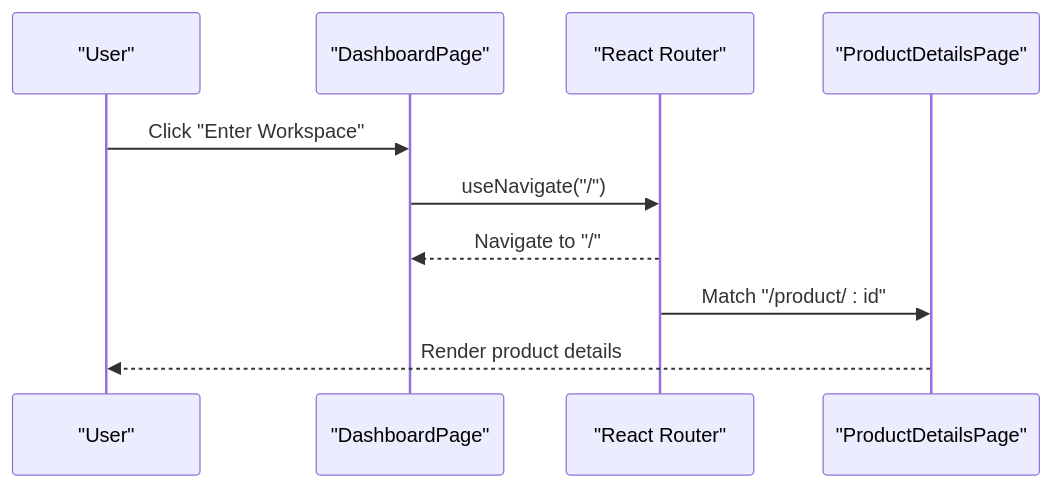
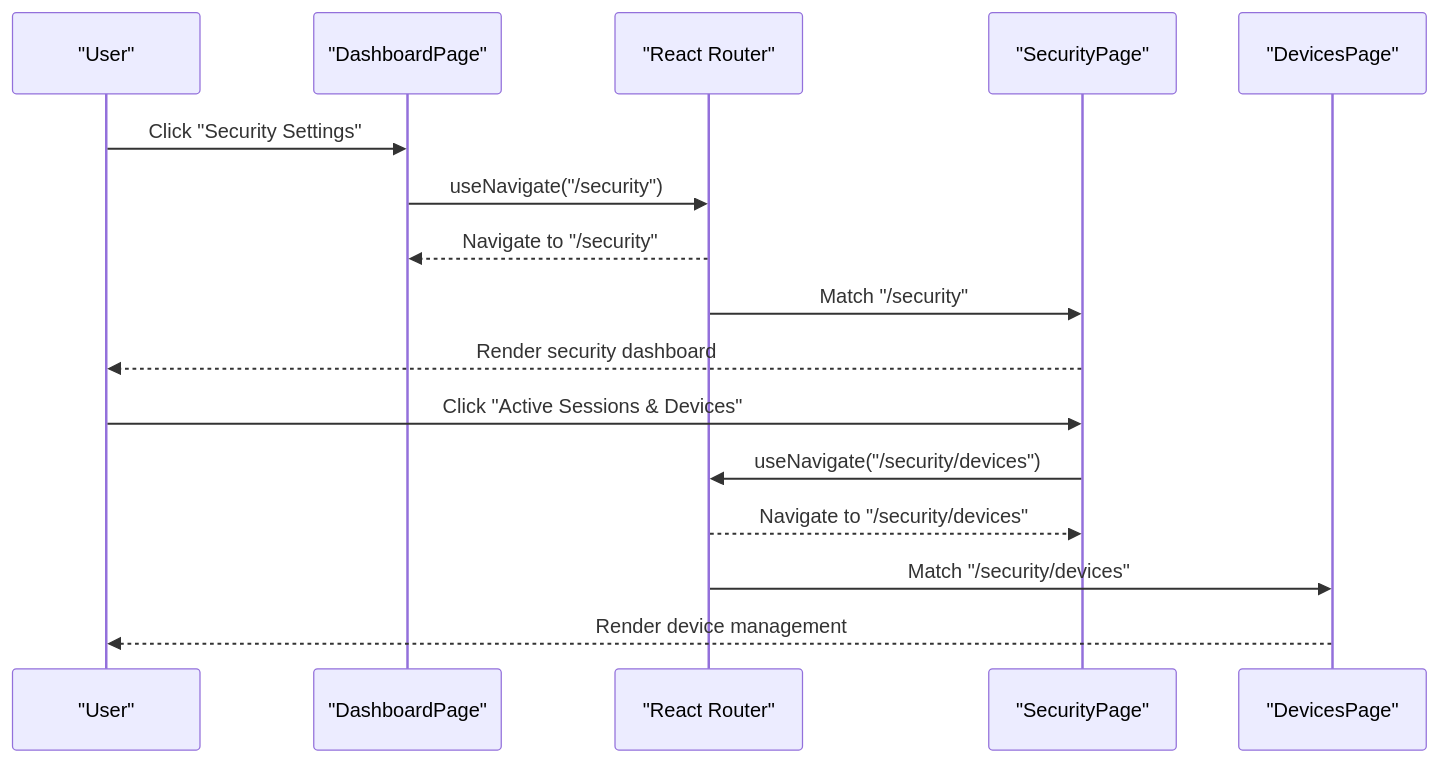
Before and after one commit to zpria/ACCOUND-ZPRIA: the third of 5 diagrams in .qoder/repowiki/en/content/Architecture Overview/Routing System.md, drawn with Mermaid. The commit also changed other lines of this file and 12 other files, not shown here.

````diff
--- a/.qoder/repowiki/en/content/Architecture Overview/Routing System.md
+++ b/.qoder/repowiki/en/content/Architecture Overview/Routing System.md
@@ -172,12 +212,18 @@
 ```mermaid
 sequenceDiagram
 participant User as "User"
 participant Dashboard as "DashboardPage"
 participant Router as "React Router"
-participant Product as "ProductDetailsPage"
-User->>Dashboard : Click "Enter Workspace"
-Dashboard->>Router : useNavigate("/")
-Router-->>Dashboard : Navigate to "/"
-Router->>Product : Match "/product/ : id"
-Product-->>User : Render product details
+participant Security as "SecurityPage"
+participant Devices as "DevicesPage"
+User->>Dashboard : Click "Security Settings"
+Dashboard->>Router : useNavigate("/security")
+Router-->>Dashboard : Navigate to "/security"
+Router->>Security : Match "/security"
+Security-->>User : Render security dashboard
+User->>Security : Click "Active Sessions & Devices"
+Security->>Router : useNavigate("/security/devices")
+Router-->>Security : Navigate to "/security/devices"
+Router->>Devices : Match "/security/devices"
+Devices-->>User : Render device management
 ```
````
